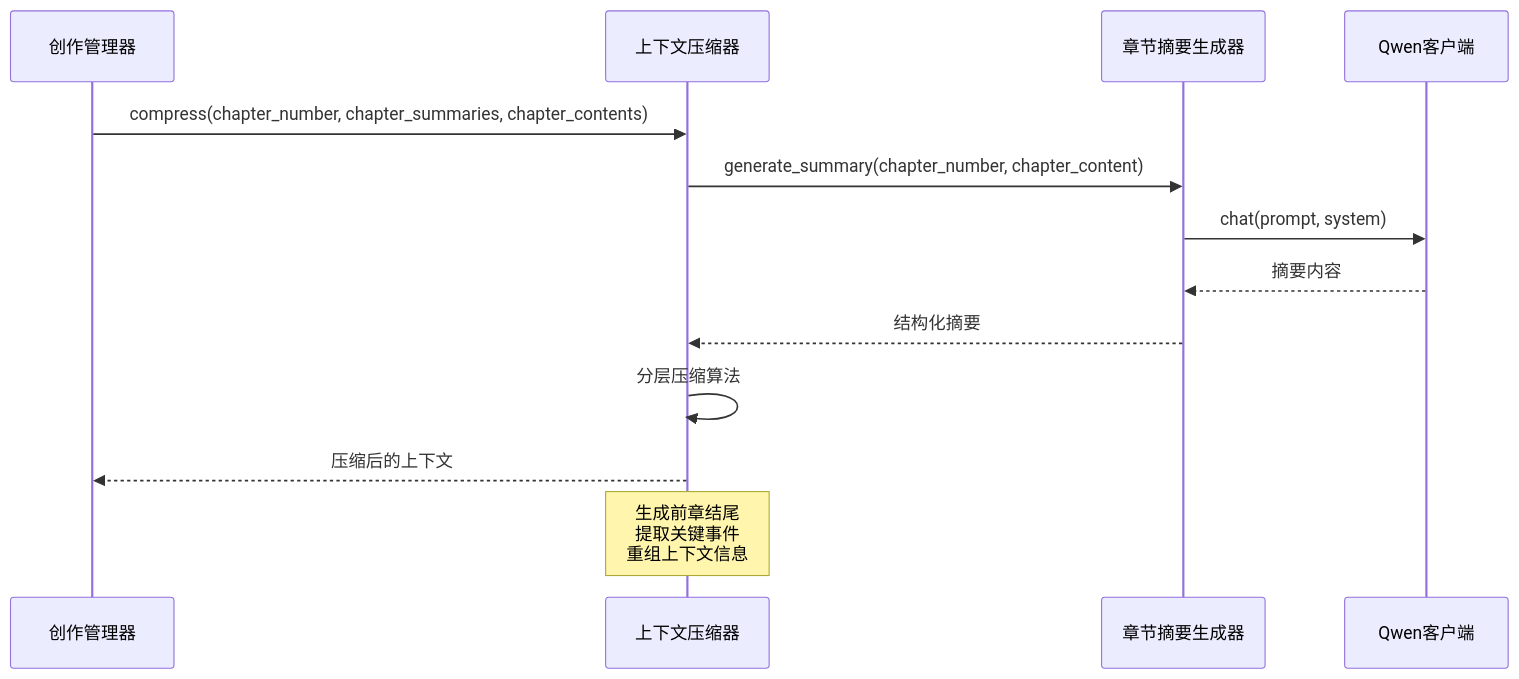
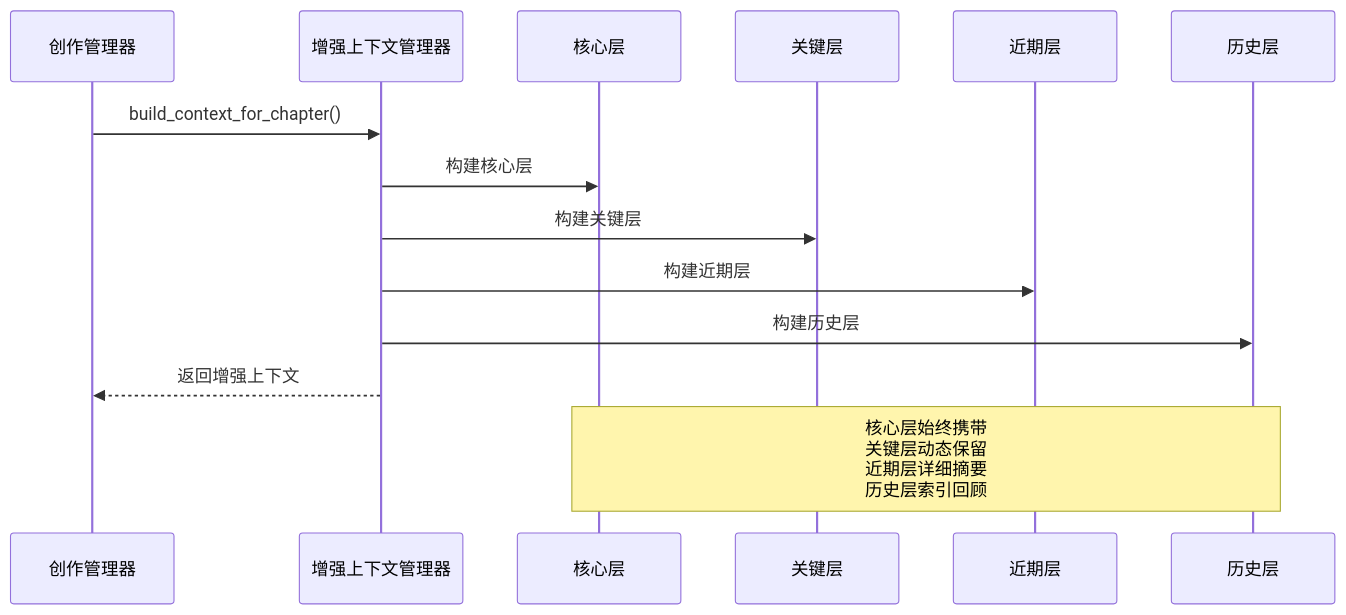
Before and after one commit to xfbyxq/ai-novel-system: the sixth of 10 diagrams in .qoder/repowiki/zh/content/AI智能体系统/上下文压缩系统.md, drawn with Mermaid. The commit also changed other lines of this file and 84 other files, not shown here.

````diff
--- a/.qoder/repowiki/zh/content/AI智能体系统/上下文压缩系统.md
+++ b/.qoder/repowiki/zh/content/AI智能体系统/上下文压缩系统.md
@@ -267,15 +342,16 @@
 ```mermaid
 sequenceDiagram
 participant CM as 创作管理器
-participant CC as 上下文压缩器
-participant CG as 章节摘要生成器
-participant QC as Qwen客户端
-CM->>CC : compress(chapter_number, chapter_summaries, chapter_contents)
-CC->>CG : generate_summary(chapter_number, chapter_content)
-CG->>QC : chat(prompt, system)
-QC-->>CG : 摘要内容
-CG-->>CC : 结构化摘要
-CC->>CC : 分层压缩算法
-CC-->>CM : 压缩后的上下文
-Note over CC : 生成前章结尾<br/>提取关键事件<br/>重组上下文信息
+participant ECM as 增强上下文管理器
+participant CL as 核心层
+participant CLY as 关键层
+participant RL as 近期层
+participant HL as 历史层
+CM->>ECM : build_context_for_chapter()
+ECM->>CL : 构建核心层
+ECM->>CLY : 构建关键层
+ECM->>RL : 构建近期层
+ECM->>HL : 构建历史层
+ECM-->>CM : 返回增强上下文
+Note over CL,HL : 核心层始终携带<br/>关键层动态保留<br/>近期层详细摘要<br/>历史层索引回顾
 ```
````
